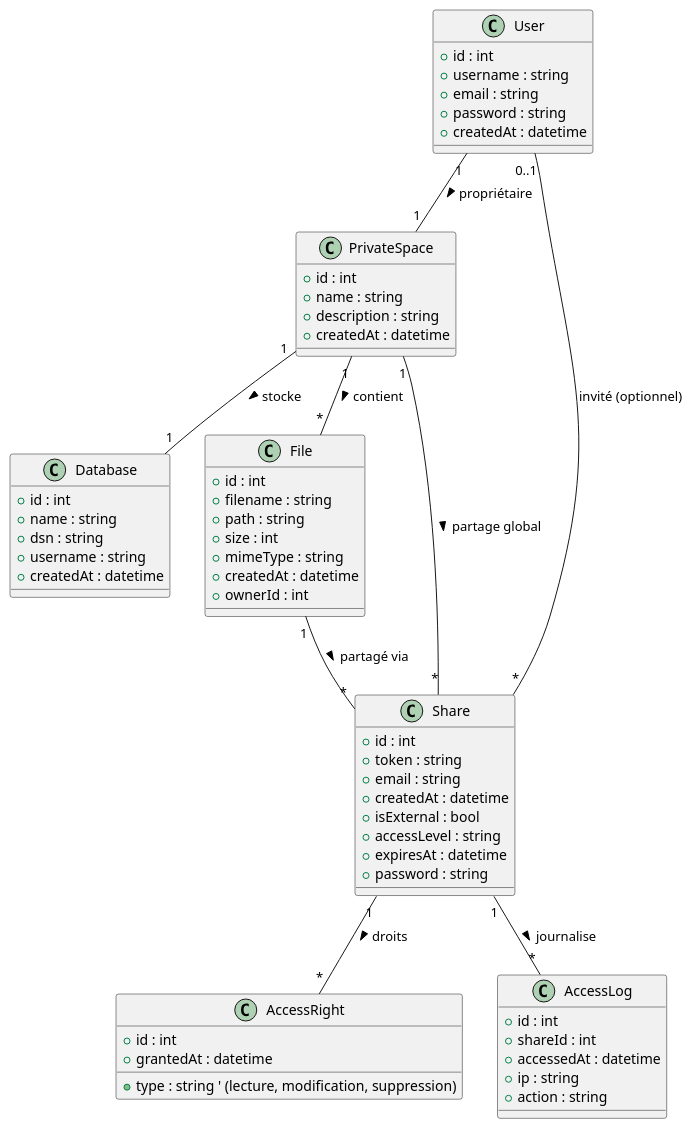
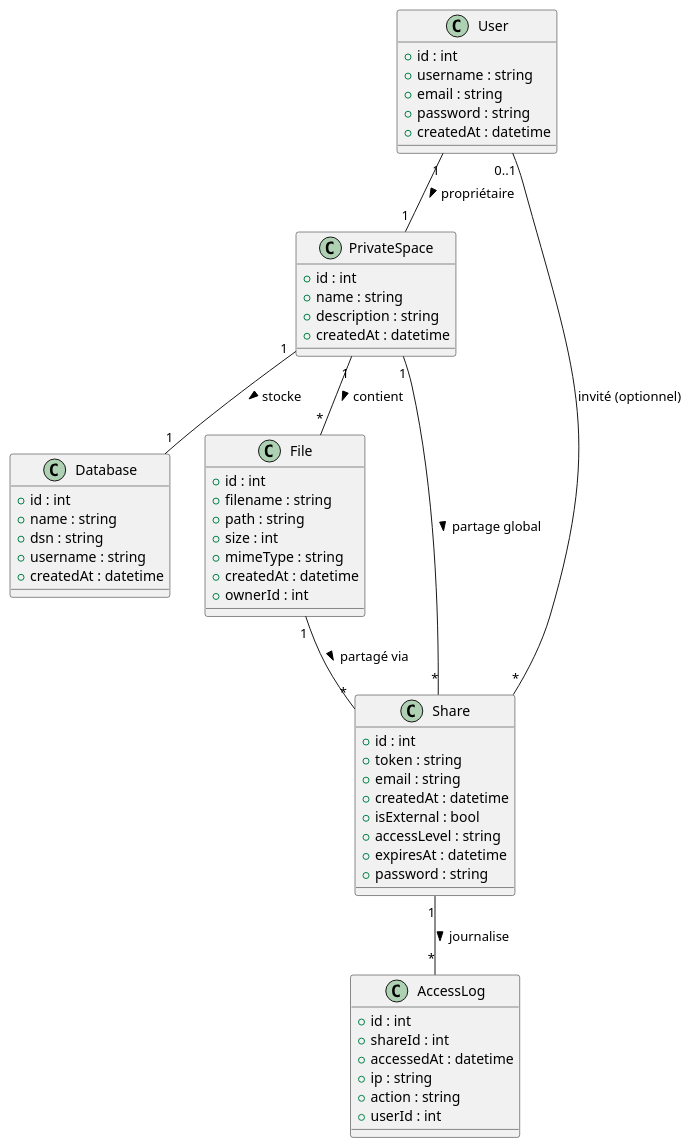
One commit to ronan-develop/home-cloud changed the diagram in classes.puml. Above: the diagram before and after it, drawn with PlantUML.

Commit message:
🗑️ refactor: suppression de la classe AccessRight, gestion des droits directement dans Share

```diff
--- a/classes.puml
+++ b/classes.puml
@@ -1,76 +1,72 @@
 @startuml
 
 ' Diagramme de classes principal pour Home Cloud (particuliers, partage)
 
 class User {
   +id : int
   +username : string
   +email : string
   +password : string
   +createdAt : datetime
 }
 
 class PrivateSpace {
   +id : int
   +name : string
   +description : string
   +createdAt : datetime
 }
 
 class Database {
   +id : int
   +name : string
   +dsn : string
   +username : string
   +createdAt : datetime
 }
 
 class File {
   +id : int
   +filename : string
   +path : string
   +size : int
   +mimeType : string
   +createdAt : datetime
   +ownerId : int
 }
 
 class Share {
   +id : int
   +token : string
   +email : string
   +createdAt : datetime
   +isExternal : bool
   +accessLevel : string
   +expiresAt : datetime
   +password : string
 }
 
-class AccessRight {
-  +id : int
-  +type : string ' (lecture, modification, suppression)
-  +grantedAt : datetime
-}
-
 class AccessLog {
   +id : int
   +shareId : int
   +accessedAt : datetime
   +ip : string
   +action : string
+  +userId : int
 }
+
+' Suppression de AccessRight (droit géré directement dans Share par accessLevel)
 
 User "1" -- "1" PrivateSpace : propriétaire >
 PrivateSpace "1" -- "1" Database : stocke >
 PrivateSpace "1" -- "*" File : contient >
 File "1" -- "*" Share : partagé via >
 PrivateSpace "1" -- "*" Share : partage global >
 Share "*" -- "0..1" User : invité (optionnel)
-Share "1" -- "*" AccessRight : droits >
 Share "1" -- "*" AccessLog : journalise >
 
 ' NOTE: Chaque PrivateSpace est associé à un sous-domaine dédié (multi-tenant applicatif)
 ' L'isolation des données est assurée par la détection du sous-domaine côté Symfony
 ' Un User possède un PrivateSpace, chaque PrivateSpace correspond à un sous-domaine
 
 @enduml
```
